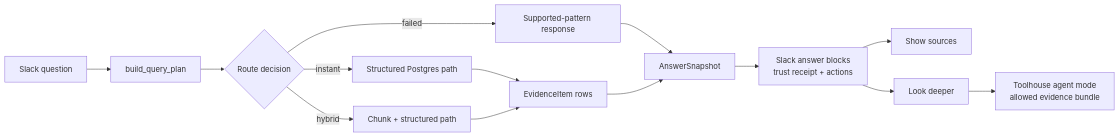
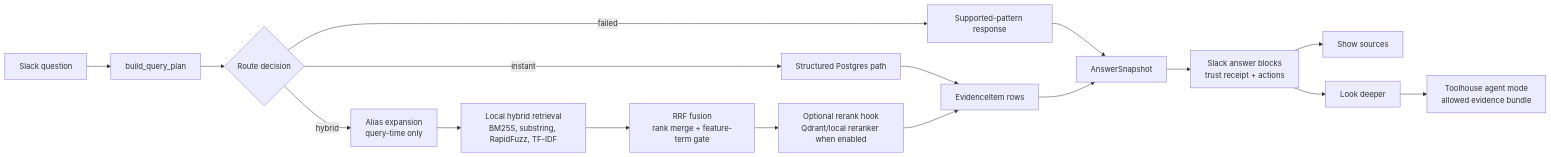
The eighth of 8 diagrams in README.md (Aqwerty321/CRE-Knowledge-Engine), drawn with Mermaid before and after one commit. The commit also changed other lines of this file and 21 other files, not shown here.

Commit message:
Add local hybrid retrieval stack

````diff
--- a/README.md
+++ b/README.md
@@ -635,16 +640,19 @@
 ```mermaid
 flowchart LR
     Q[Slack question] --> P[build_query_plan]
     P --> S{Route decision}
     S -->|instant| I[Structured Postgres path]
-    S -->|hybrid| H[Chunk + structured path]
+    S -->|hybrid| X[Alias expansion\nquery-time only]
+    X --> H[Local hybrid retrieval\nBM25S, substring, RapidFuzz, TF-IDF]
+    H --> F[RRF fusion\nrank merge + feature-term gate]
+    F --> O[Optional rerank hook\nQdrant/local reranker when enabled]
     S -->|failed| U[Supported-pattern response]
     I --> E[EvidenceItem rows]
-    H --> E
+    O --> E
     U --> A[AnswerSnapshot]
     E --> A
     A --> B[Slack answer blocks\ntrust receipt + actions]
     B --> D[Show sources]
     B --> L[Look deeper]
     L --> T[Toolhouse agent mode\nallowed evidence bundle]
 ```
````
